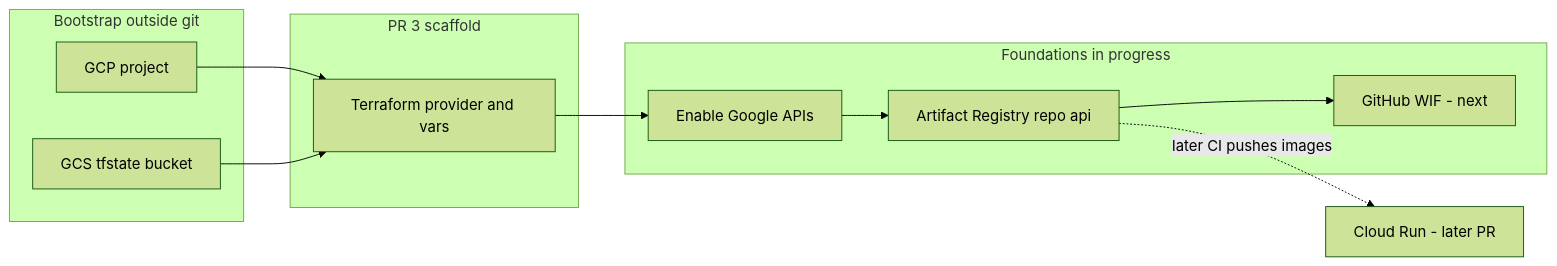
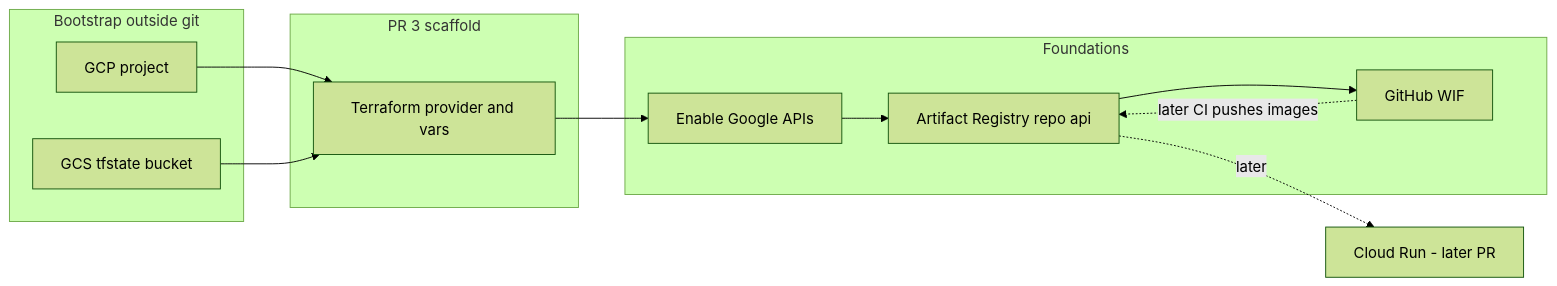
One commit to andrewtclim/meal-prep-app changed the third of 3 diagrams in review_sessions/blog_post_10.07_10.14_week1_setup.md. Above: the diagram before and after it, drawn with Mermaid (forest theme). The commit also changed other lines of this file and 5 other files, not shown here.

Commit message:
Add GitHub Workload Identity Federation for image pushes

````diff
--- a/review_sessions/blog_post_10.07_10.14_week1_setup.md
+++ b/review_sessions/blog_post_10.07_10.14_week1_setup.md
@@ -179,19 +190,20 @@
 ```mermaid
 flowchart LR
   subgraph bootstrap [Bootstrap outside git]
     Proj[GCP project]
     StateBucket[GCS tfstate bucket]
   end
   subgraph scaffold [PR 3 scaffold]
     TF[Terraform provider and vars]
   end
-  subgraph foundations [Foundations in progress]
+  subgraph foundations [Foundations]
     APIs[Enable Google APIs]
     AR[Artifact Registry repo api]
-    WIF[GitHub WIF - next]
+    WIF[GitHub WIF]
   end
   Proj --> TF
   StateBucket --> TF
   TF --> APIs --> AR --> WIF
-  AR -.->|later CI pushes images| CloudRun[Cloud Run - later PR]
+  WIF -.->|later CI pushes images| AR
+  AR -.->|later| CloudRun[Cloud Run - later PR]
 ```
````
